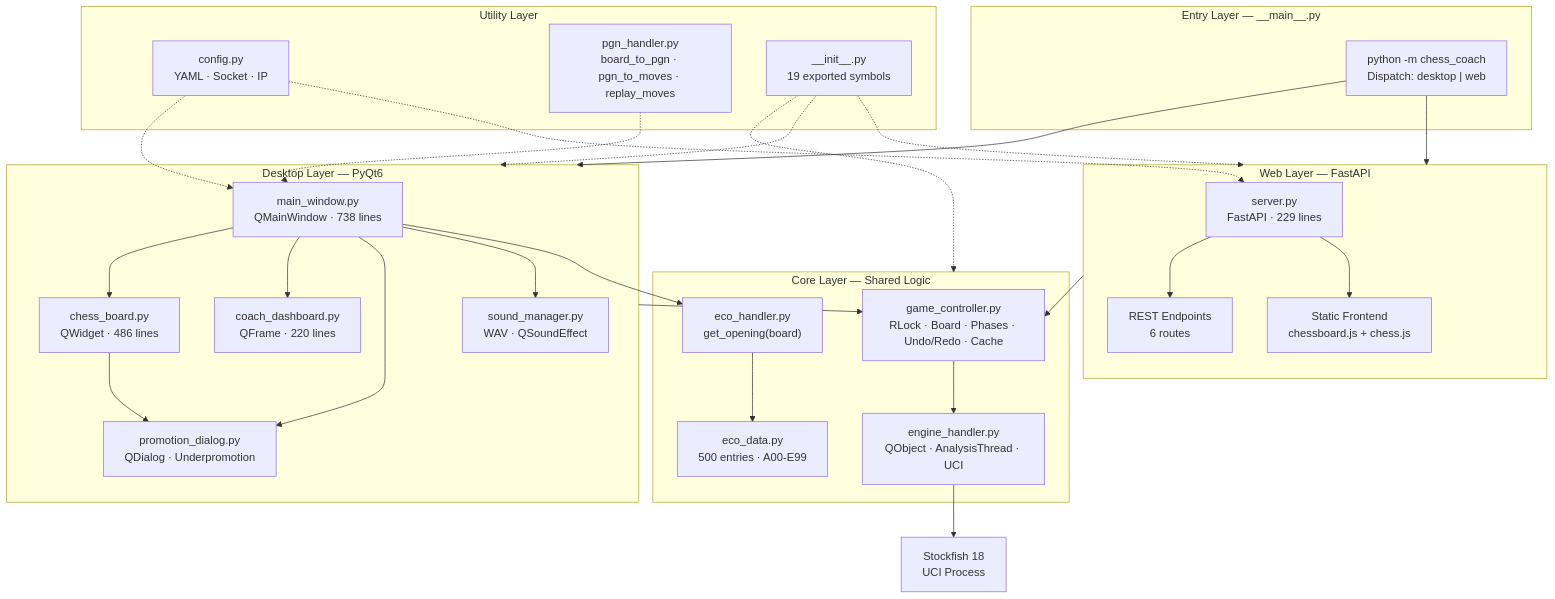
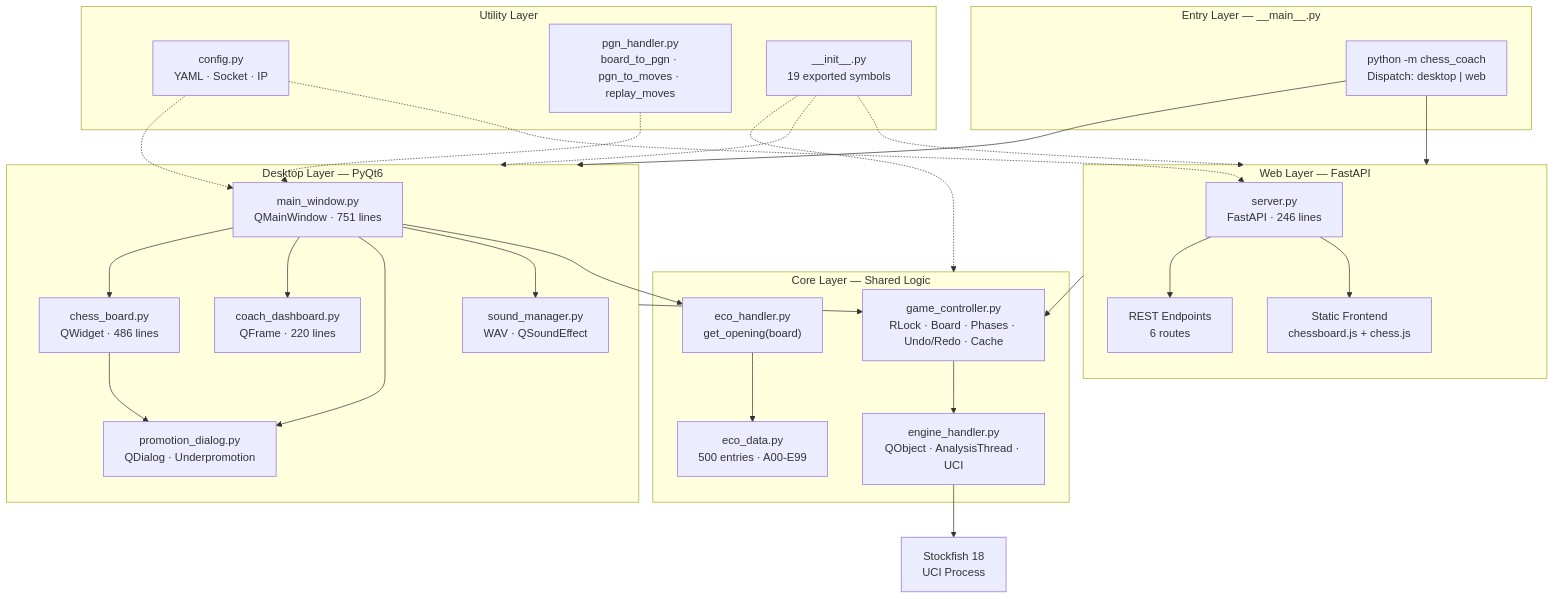
The first of 6 diagrams in ARCHITECTURE.md (krsnaSuraj/chess-coach), drawn with Mermaid before and after one commit. The commit also changed other lines of this file and 1 other file, not shown here.

First line of the commit message:
docs: sync ARCHITECTURE.md and README.md to current project state

````diff
--- a/ARCHITECTURE.md
+++ b/ARCHITECTURE.md
@@ -42,49 +42,49 @@
 ```mermaid
 graph TB
     subgraph Entry["Entry Layer — __main__.py"]
         CLI["python -m chess_coach<br/>Dispatch: desktop | web"]
     end
 
     subgraph Desktop["Desktop Layer — PyQt6"]
-        MW["main_window.py<br/>QMainWindow · 738 lines"]
+        MW["main_window.py<br/>QMainWindow · 751 lines"]
         CB["chess_board.py<br/>QWidget · 486 lines"]
         CD["coach_dashboard.py<br/>QFrame · 220 lines"]
         PD["promotion_dialog.py<br/>QDialog · Underpromotion"]
         SM["sound_manager.py<br/>WAV · QSoundEffect"]
         MW --> CB
         MW --> CD
         MW --> PD
         MW --> SM
         CB --> PD
     end
 
     subgraph Web["Web Layer — FastAPI"]
-        SV["server.py<br/>FastAPI · 229 lines"]
+        SV["server.py<br/>FastAPI · 246 lines"]
         API["REST Endpoints<br/>6 routes"]
         STATIC["Static Frontend<br/>chessboard.js + chess.js"]
         SV --> API & STATIC
     end
 
     subgraph Core["Core Layer — Shared Logic"]
         GC["game_controller.py<br/>RLock · Board · Phases · Undo/Redo · Cache"]
         EH["engine_handler.py<br/>QObject · AnalysisThread · UCI"]
         ECO["eco_handler.py<br/>get_opening(board)"]
         ECD["eco_data.py<br/>500 entries · A00-E99"]
         ECO --> ECD
     end
 
     subgraph Util["Utility Layer"]
         CFG["config.py<br/>YAML · Socket · IP"]
         PGN["pgn_handler.py<br/>board_to_pgn · pgn_to_moves · replay_moves"]
         INIT["__init__.py<br/>19 exported symbols"]
     end
 
     CLI --> Desktop & Web
     Desktop & Web --> GC
     GC --> EH
     MW --> ECO
     EH --> SF["Stockfish 18<br/>UCI Process"]
     CFG -.-> MW & SV
     PGN -.-> MW
     INIT -.-> Core & Desktop & Web
 ```
````
